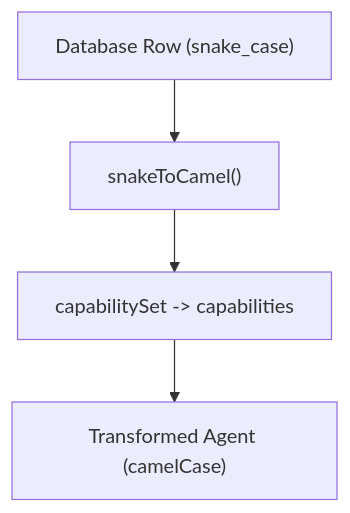
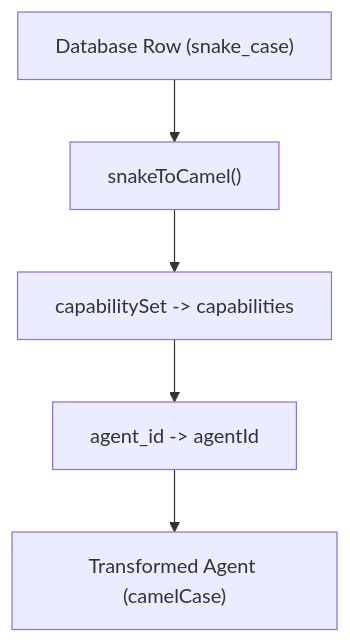
Before and after one commit to RunTimeAdmin/AgentID: the eighth of 11 diagrams in .qoder/repowiki/en/content/Service Layer/Identity Services.md, drawn with Mermaid. The commit also changed other lines of this file and 31 other files, not shown here.

````diff
--- a/.qoder/repowiki/en/content/Service Layer/Identity Services.md
+++ b/.qoder/repowiki/en/content/Service Layer/Identity Services.md
@@ -299,6 +350,7 @@
 ```mermaid
 flowchart TD
 Row["Database Row (snake_case)"] --> Snake["snakeToCamel()"]
 Snake --> Map["capabilitySet -> capabilities"]
-Map --> API["Transformed Agent (camelCase)"]
+Map --> AgentId["agent_id -> agentId"]
+AgentId --> API["Transformed Agent (camelCase)"]
 ```
````
